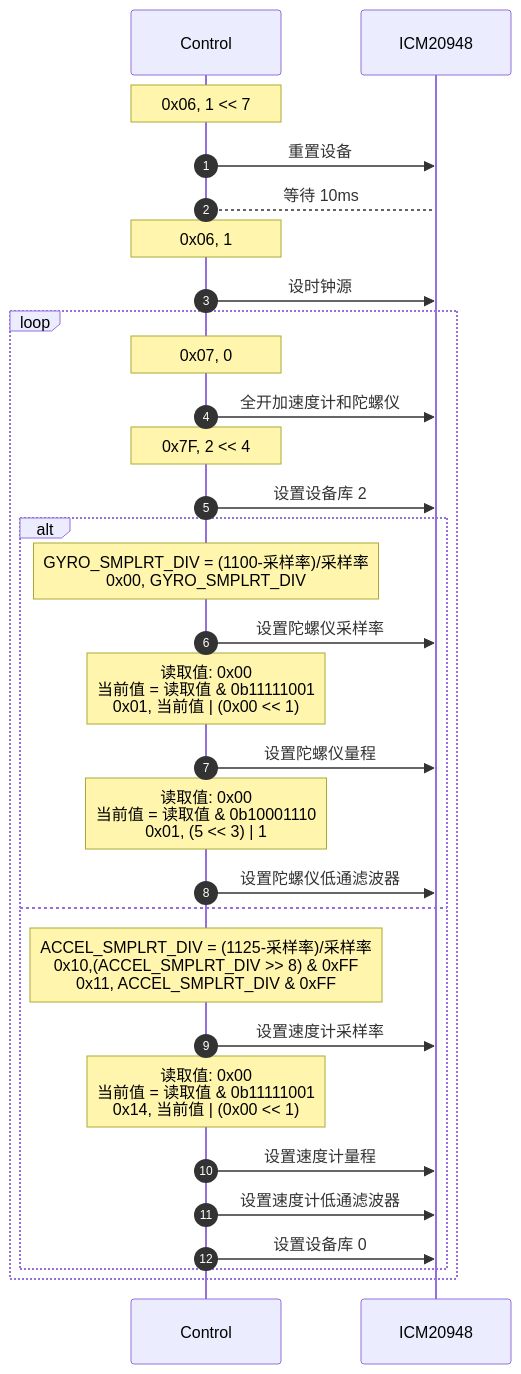
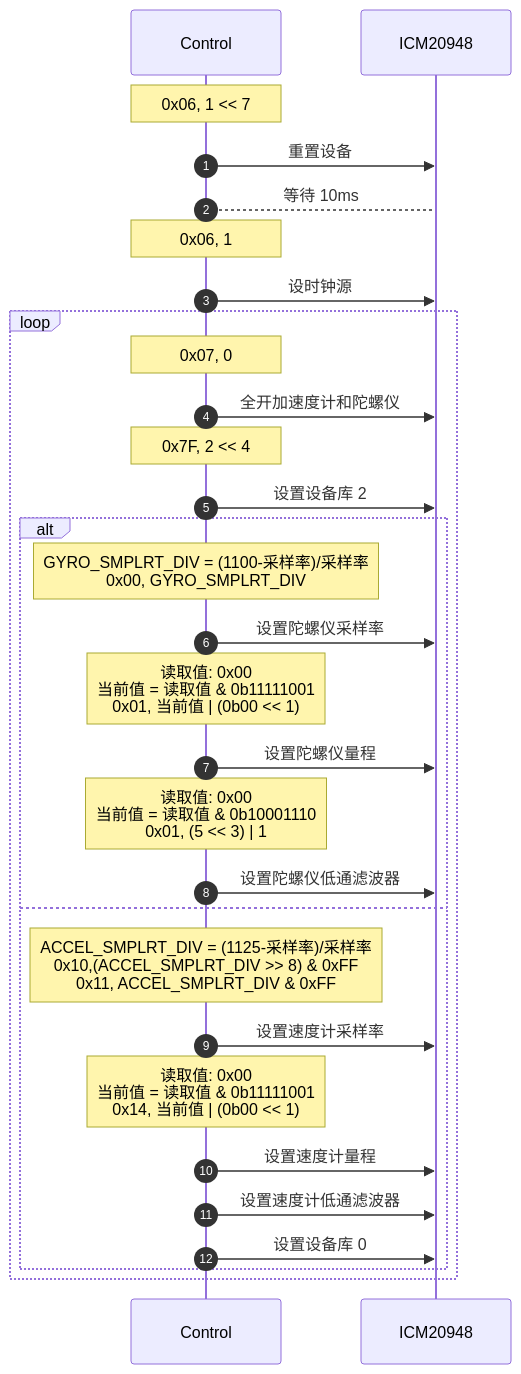
Before and after one commit to hkdickyko/hkdickyko.github.io: the second of 3 diagrams in _posts/2025-04-06-mdchart.md, drawn with Mermaid.

```diff
--- a/_posts/2025-04-06-mdchart.md
+++ b/_posts/2025-04-06-mdchart.md
@@ -146,32 +146,32 @@
 <div class="mermaid">
 sequenceDiagram;
    autonumber;
    participant C as Control;
    participant I as ICM20948;
    note over C: 0x06, 1 << 7;
    C->>I: 重置设备;
    C-->I: 等待 10ms
    note over C: 0x06, 1;
    C->>I: 设时钟源;
    loop;
    note over C: 0x07, 0;
    C->>I: 全开加速度计和陀螺仪;
    note over C: 0x7F, 2 << 4;
    C->>I: 设置设备库 2;
    alt;
    note over C: GYRO_SMPLRT_DIV = (1100-采样率)/采样率<br>0x00, GYRO_SMPLRT_DIV;
    C->>I: 设置陀螺仪采样率;
-   note over C: 读取值: 0x00<br>当前值 = 读取值 & 0b11111001<br>0x01, 当前值 | (0x00 << 1);
+   note over C: 读取值: 0x00<br>当前值 = 读取值 & 0b11111001<br>0x01, 当前值 | (0b00 << 1);
    C->>I: 设置陀螺仪量程;
    note over C: 读取值: 0x00<br>当前值 = 读取值 & 0b10001110<br> 0x01, (5 << 3) | 1;
    C->>I: 设置陀螺仪低通滤波器;
    else;
    note over C: ACCEL_SMPLRT_DIV = (1125-采样率)/采样率<br>0x10,(ACCEL_SMPLRT_DIV >> 8) & 0xFF<br>0x11, ACCEL_SMPLRT_DIV & 0xFF;   
    C->>I: 设置速度计采样率;
-   note over C: 读取值: 0x00<br>当前值 = 读取值 & 0b11111001<br>0x14, 当前值 | (0x00 << 1);   
+   note over C: 读取值: 0x00<br>当前值 = 读取值 & 0b11111001<br>0x14, 当前值 | (0b00 << 1);   
    C->>I: 设置速度计量程;
    C->>I: 设置速度计低通滤波器;
    C->>I: 设置设备库 0;
    end
    end
 </div>
```
